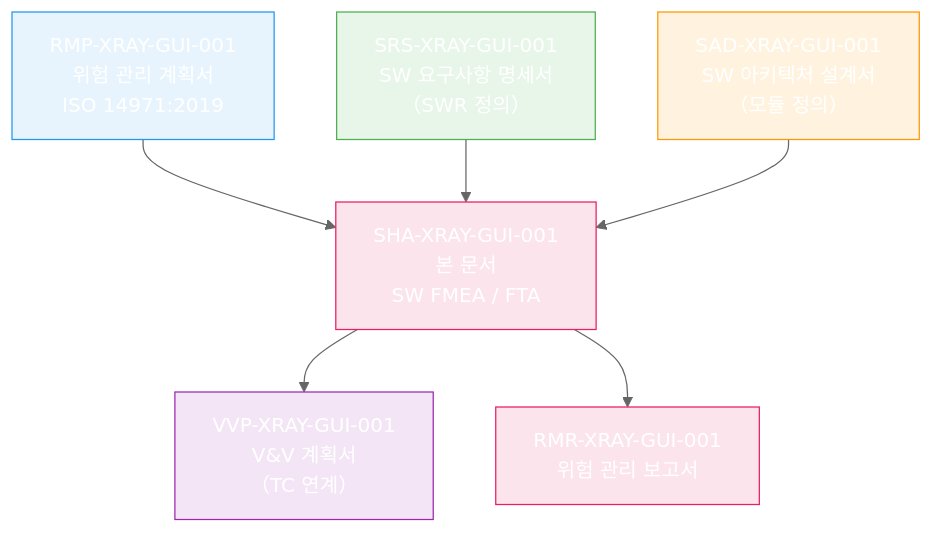
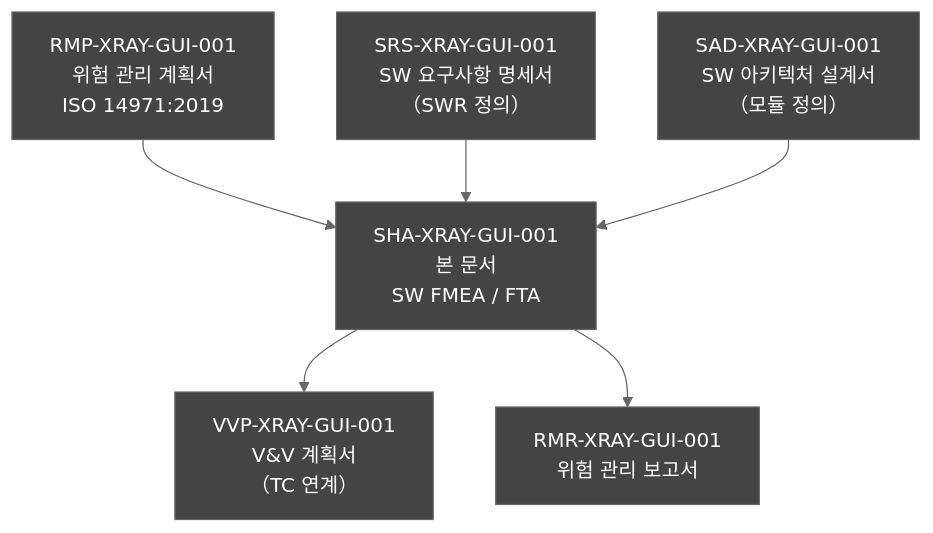
Before and after one commit to holee9/console-gui: the first of 11 diagrams in docs/risk/DOC-009_FMEA_v1.0.md, drawn with Mermaid (neutral theme). The commit also changed other lines of this file and 35 other files, not shown here.

First line of the commit message:
fix: 전체 Mermaid 차트 색상 진한 회색 통일

````diff
--- a/docs/risk/DOC-009_FMEA_v1.0.md
+++ b/docs/risk/DOC-009_FMEA_v1.0.md
@@ -86,23 +86,23 @@
 ```mermaid
 graph TD
     classDef default fill:#444,stroke:#666,color:#fff
     A["RMP-XRAY-GUI-001\n위험 관리 계획서\nISO 14971:2019"]
     B["SHA-XRAY-GUI-001\n본 문서\nSW FMEA / FTA"]
     C["SRS-XRAY-GUI-001\nSW 요구사항 명세서\n（SWR 정의）"]
     D["SAD-XRAY-GUI-001\nSW 아키텍처 설계서\n（모듈 정의）"]
     E["VVP-XRAY-GUI-001\nV&V 계획서\n（TC 연계）"]
     F["RMR-XRAY-GUI-001\n위험 관리 보고서"]
 
     A --> B
     C --> B
     D --> B
     B --> E
     B --> F
 
-    style A fill:#e8f4fd,stroke:#2196F3
-    style B fill:#fce4ec,stroke:#E91E63
-    style C fill:#e8f5e9,stroke:#4CAF50
-    style D fill:#fff3e0,stroke:#FF9800
-    style E fill:#f3e5f5,stroke:#9C27B0
-    style F fill:#fce4ec,stroke:#E91E63
+    style A fill:#444,stroke:#666
+    style B fill:#444,stroke:#666
+    style C fill:#444,stroke:#666
+    style D fill:#444,stroke:#666
+    style E fill:#444,stroke:#666
+    style F fill:#444,stroke:#666
 ```
````
